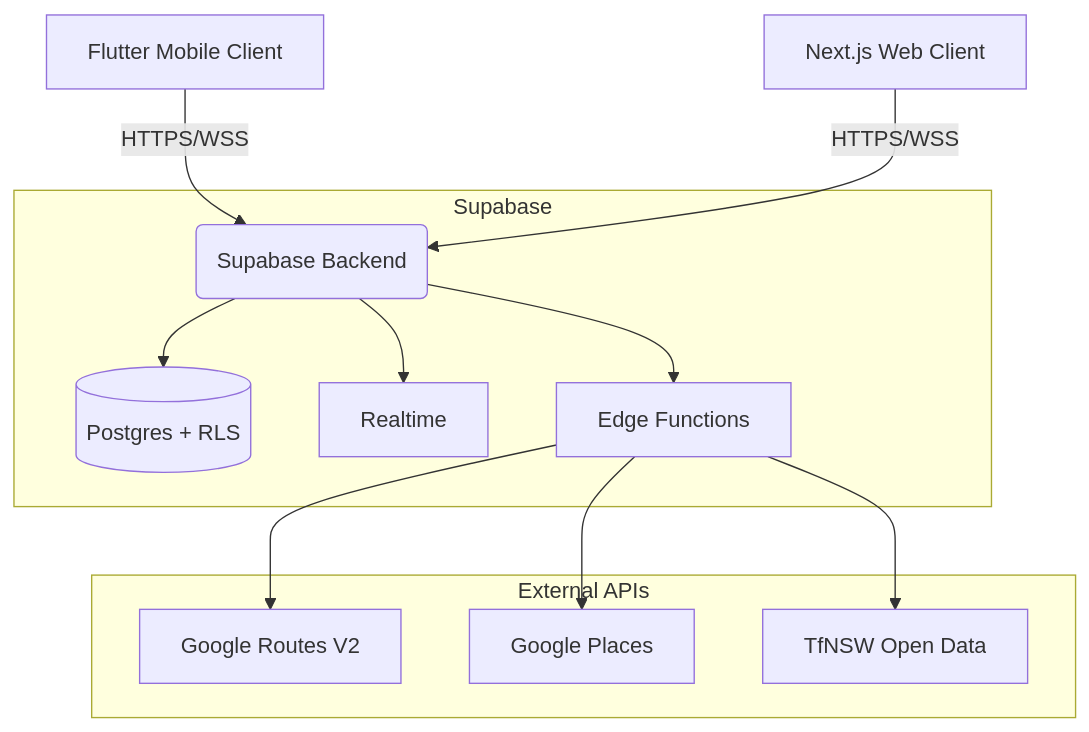
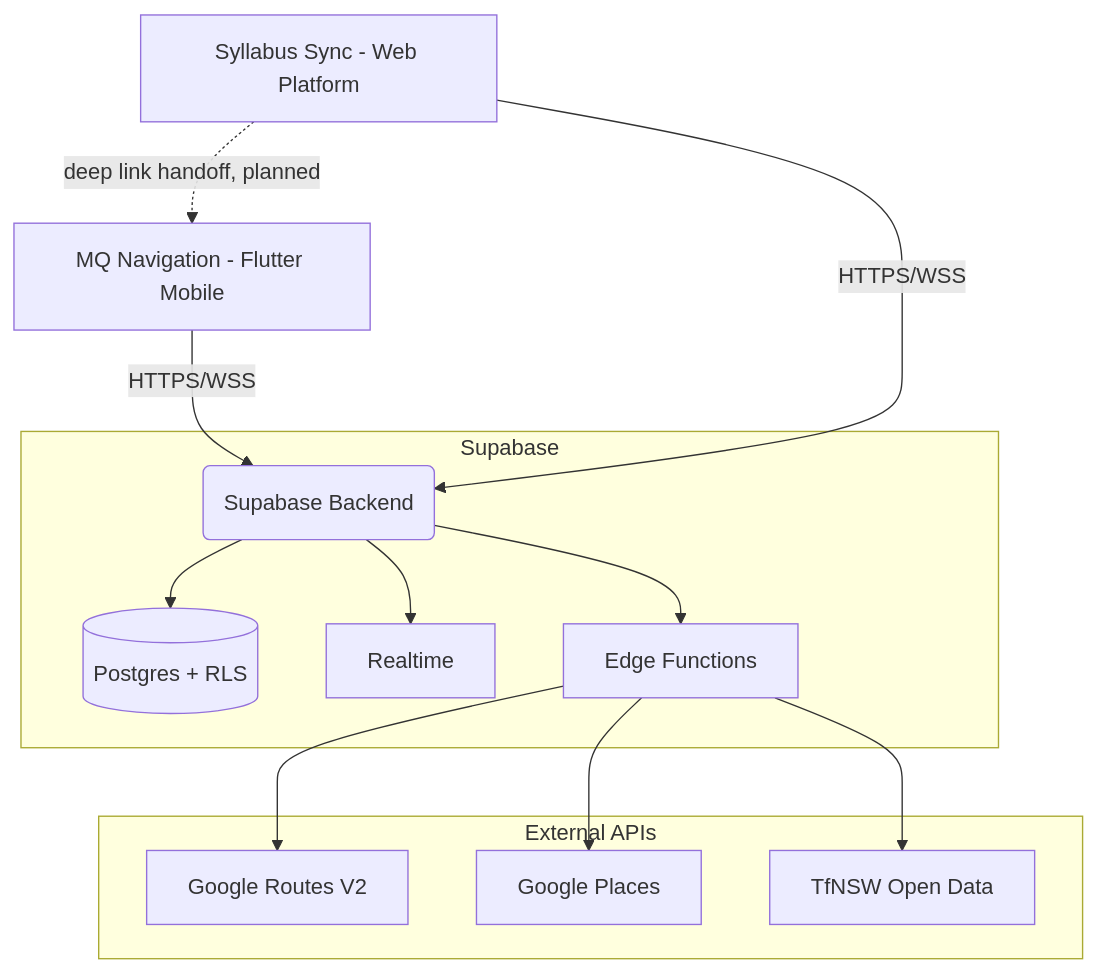
Before and after one commit to leoalavi/campus-navigation: the diagram in README.md, drawn with Mermaid. The commit also changed other lines of this file, not shown here.

````diff
--- a/README.md
+++ b/README.md
@@ -154,17 +173,18 @@
 ```mermaid
 graph TD
-    A[Flutter Mobile Client] -->|HTTPS/WSS| B(Supabase Backend)
-    C[Next.js Web Client] -->|HTTPS/WSS| B
+    A[MQ Navigation - Flutter Mobile] -->|HTTPS/WSS| B(Supabase Backend)
+    S[Syllabus Sync - Web Platform] -->|HTTPS/WSS| B
+    S -.->|deep link handoff, planned| A
 
     subgraph "Supabase"
         B --> D[(Postgres + RLS)]
         B --> E[Realtime]
         B --> F[Edge Functions]
     end
 
     subgraph "External APIs"
         F --> G[Google Routes V2]
         F --> H[Google Places]
         F --> I[TfNSW Open Data]
     end
 ```
````
